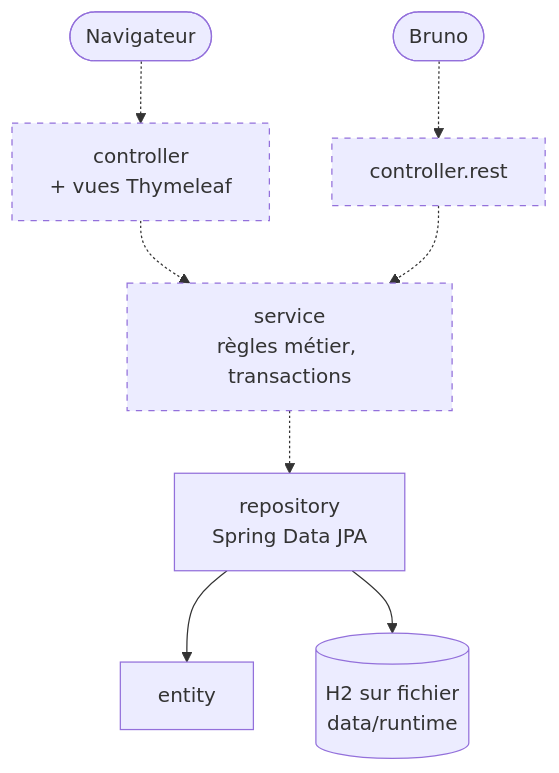
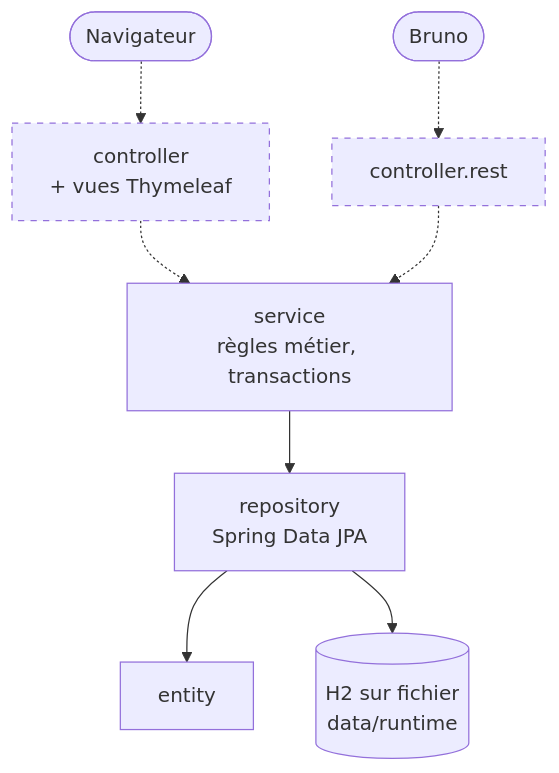
Before and after one commit to Zyad-Kamil/helpdesk-pro: the first of 2 diagrams in docs/architecture.md, drawn with Mermaid. The commit also changed other lines of this file and 37 other files, not shown here.

````diff
--- a/docs/architecture.md
+++ b/docs/architecture.md
@@ -7,22 +7,22 @@
 ```mermaid
 flowchart TD
     browser([Navigateur])
     bruno([Bruno])
     mvc["controller<br/>+ vues Thymeleaf"]
     rest["controller.rest"]
     service["service<br/>règles métier, transactions"]
     repository["repository<br/>Spring Data JPA"]
     entity["entity"]
     db[("H2 sur fichier<br/>data/runtime")]
 
     browser -.-> mvc
     bruno -.-> rest
     mvc -.-> service
     rest -.-> service
-    service -.-> repository
+    service --> repository
     repository --> entity
     repository --> db
 
     classDef todo stroke-dasharray: 5 5
-    class mvc,rest,service todo
+    class mvc,rest todo
 ```
````
